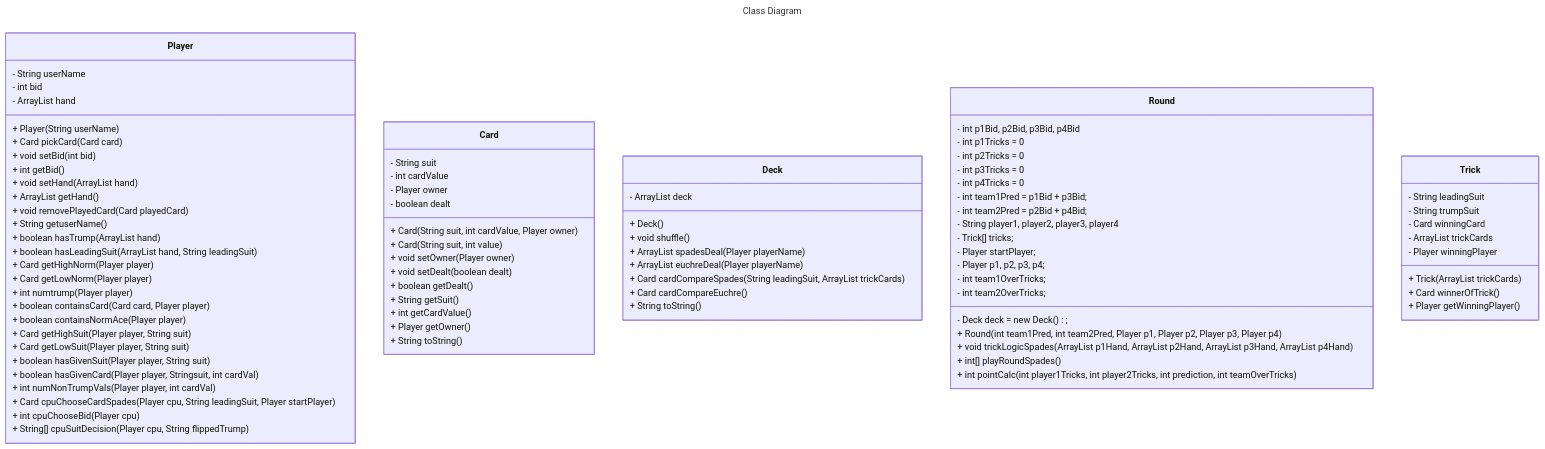
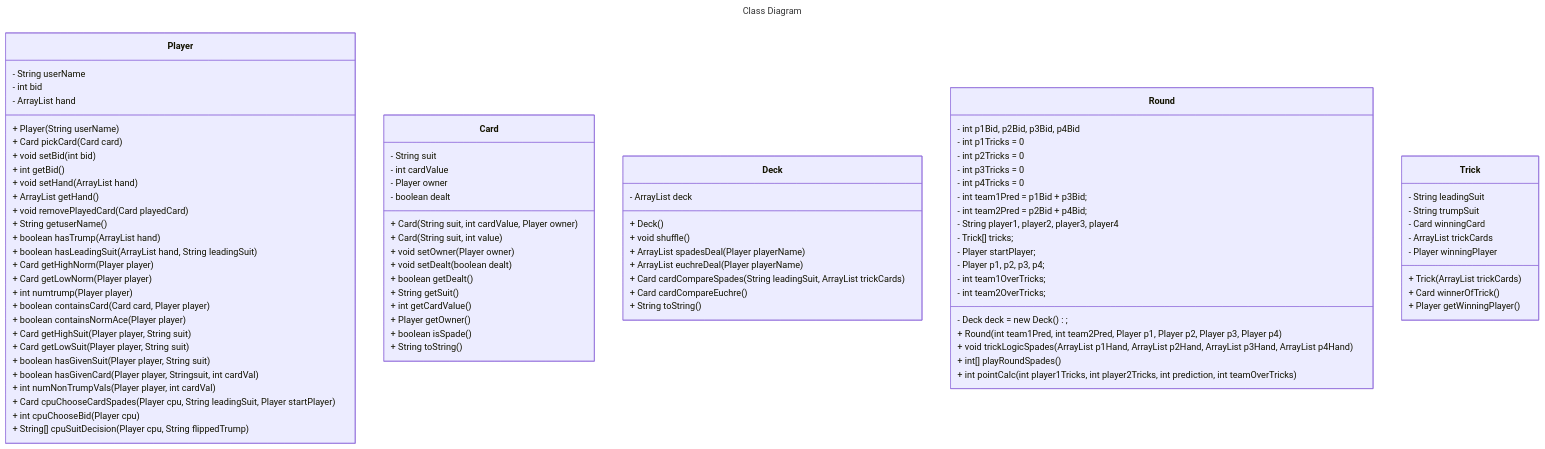
The second of 5 diagrams in README.md (NellyBoi18/Deckd-Out), drawn with Mermaid before and after one commit.

Commit message:
Update Card class diagram

```diff
--- a/README.md
+++ b/README.md
@@ -273,6 +273,7 @@
         + String getSuit()
         + int getCardValue()
         + Player getOwner()
+        + boolean isSpade()
         + String toString()
     }
 
```
